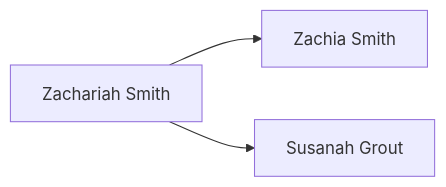
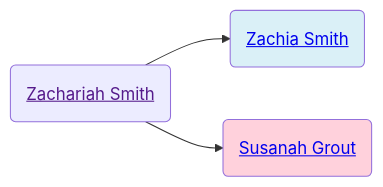
One commit to neelsmith/avocational changed the first of 2 diagrams in familyhistory/sources/people/Merrill-line/White-line/Candace-Smith-line/Zachariah_Smith.qmd. Above: the diagram before and after it, drawn with Mermaid. The commit also changed other lines of this file and 71 other files, not shown here.

````diff
--- a/familyhistory/sources/people/Merrill-line/White-line/Candace-Smith-line/Zachariah_Smith.qmd
+++ b/familyhistory/sources/people/Merrill-line/White-line/Candace-Smith-line/Zachariah_Smith.qmd
@@ -26,5 +26,11 @@
 ```{mermaid}
 graph LR
-Zachariah_Smith[Zachariah Smith] -->  Zachia_Smith[Zachia Smith]
-Zachariah_Smith[Zachariah Smith]  --> Susanah_Grout[Susanah Grout]
+Zachariah_Smith(<a href=''>Zachariah Smith</>) -->  Zachia_Smith(<a href='./../../Zachia_Smith.html'>Zachia Smith</>)
+class Zachia_Smith father
+Zachariah_Smith(<a href=''>Zachariah Smith</>)  --> Susanah_Grout(<a href='./../../Susanah_Grout.html'>Susanah Grout</>)
+class Susanah_Grout mother
+classDef mother fill:#ffd1dc
+classDef father fill:#daf0f7  
+classDef marriage fill:#ffffff
+
 ```
````
